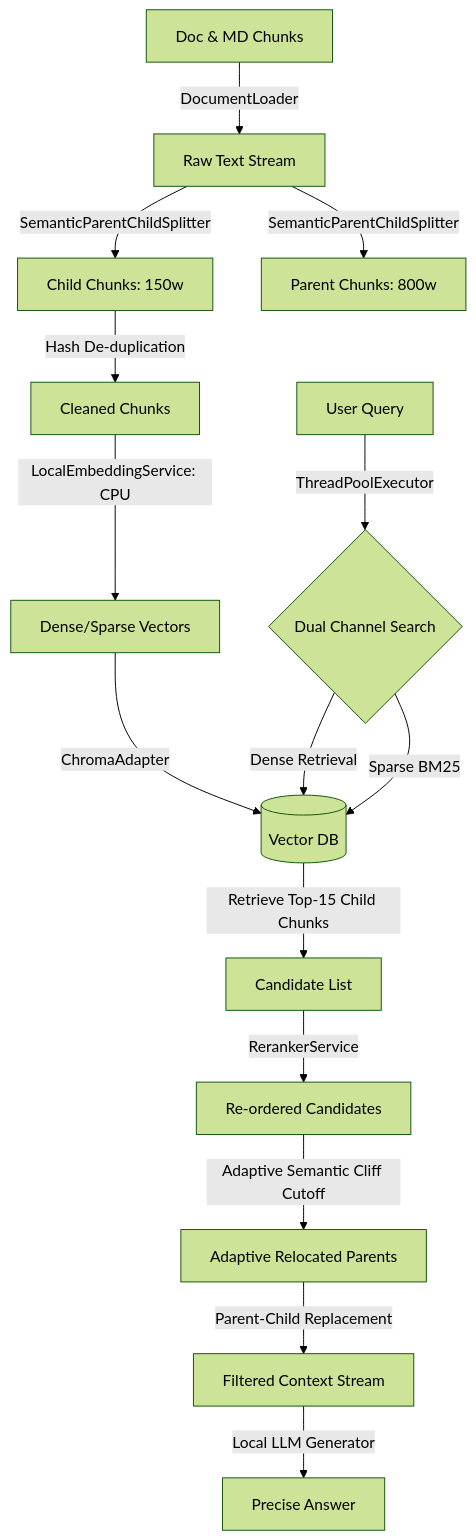
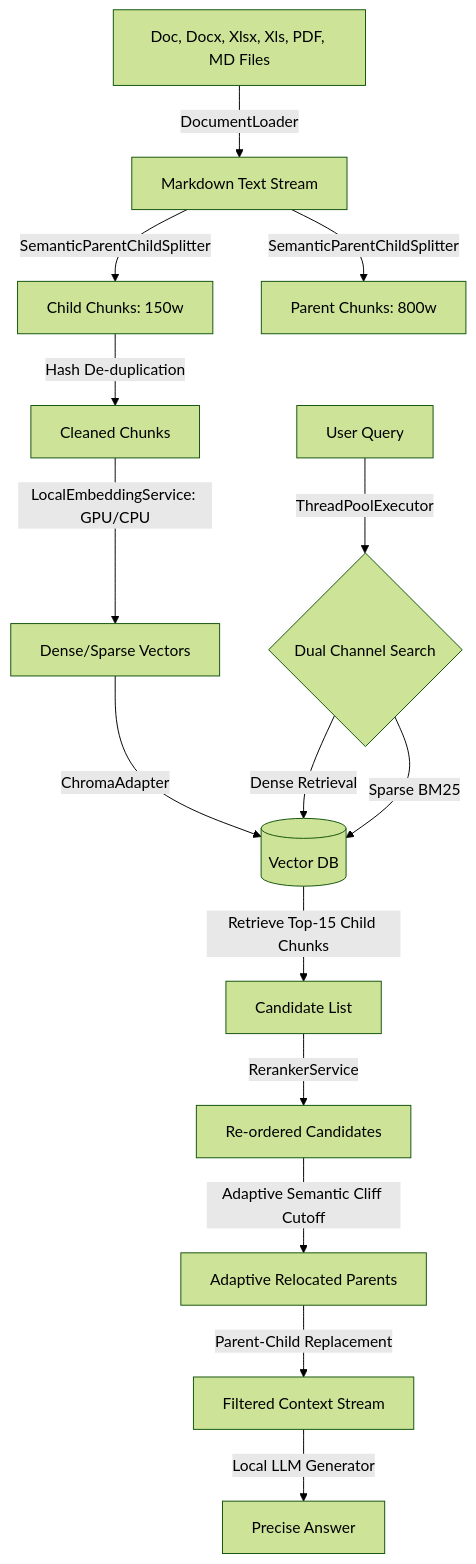
One commit to songxitao/advanced-rag changed the diagram in README.md. Above: the diagram before and after it, drawn with Mermaid (forest theme). The commit also changed other lines of this file and 4 other files, not shown here.

````diff
--- a/README.md
+++ b/README.md
@@ -38,18 +33,18 @@
 ```mermaid
 graph TD
-    A[Doc & MD Chunks] -->|DocumentLoader| B[Raw Text Stream]
+    A[Doc, Docx, Xlsx, Xls, PDF, MD Files] -->|DocumentLoader| B[Markdown Text Stream]
     B -->|SemanticParentChildSplitter| C[Child Chunks: 150w]
     B -->|SemanticParentChildSplitter| D[Parent Chunks: 800w]
     C -->|Hash De-duplication| E[Cleaned Chunks]
-    E -->|LocalEmbeddingService: CPU| F[Dense/Sparse Vectors]
+    E -->|LocalEmbeddingService: GPU/CPU| F[Dense/Sparse Vectors]
     F -->|ChromaAdapter| G[(Vector DB)]
     
     Query[User Query] -->|ThreadPoolExecutor| H{Dual Channel Search}
     H -->|Dense Retrieval| G
     H -->|Sparse BM25| G
     G -->|Retrieve Top-15 Child Chunks| I[Candidate List]
     I -->|RerankerService| J[Re-ordered Candidates]
     J -->|Adaptive Semantic Cliff Cutoff| K[Adaptive Relocated Parents]
     K -->|Parent-Child Replacement| L[Filtered Context Stream]
     L -->|Local LLM Generator| Answer[Precise Answer]
 ```
````
